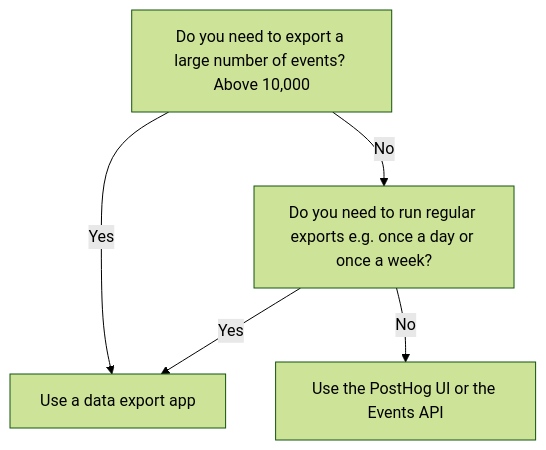
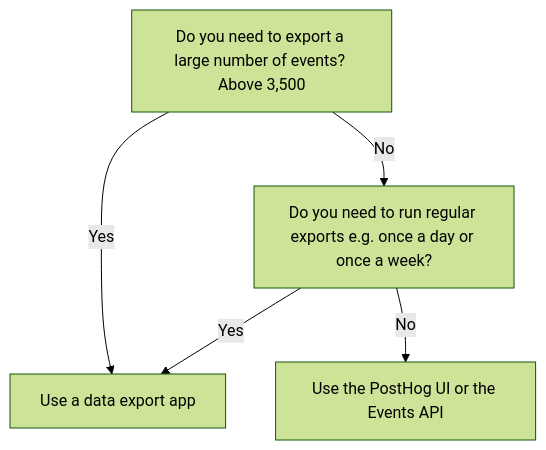
The diagram in contents/docs/migrate/export-events.md (PostHog/posthog.com), drawn with Mermaid (forest theme) before and after one commit.

````diff
--- a/contents/docs/migrate/export-events.md
+++ b/contents/docs/migrate/export-events.md
@@ -24,7 +24,7 @@
 ```mermaid
 graph TD
-    A[Do you need to export a large number of events? Above 10,000] --> |Yes| B[Use a data export app]
+    A[Do you need to export a large number of events? Above 3,500] --> |Yes| B[Use a data export app]
     A --> |No| C[Do you need to run regular exports e.g. once a day or once a week?]
     C --> |Yes| B
     C --> |No| E[Use the PostHog UI or the Events API]
 ```
````
